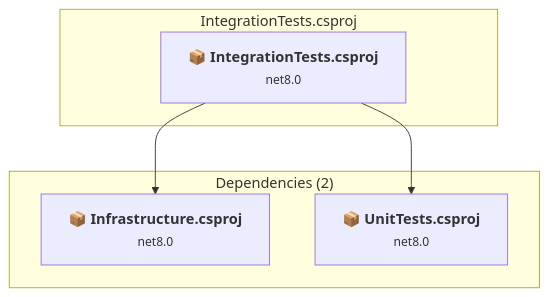
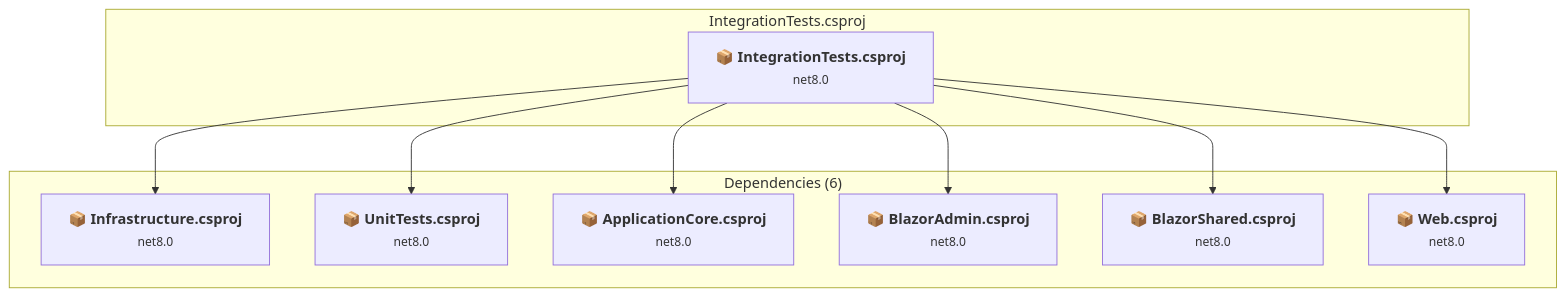
Before and after one commit to kaushganguly/eShopOnWeb: the diagram in .github/upgrades/scenarios/dotnet-version-upgrade/assessment/projects/IntegrationTests.md, drawn with Mermaid. The commit also changed other lines of this file and 20 other files, not shown here.

````diff
--- a/.github/upgrades/scenarios/dotnet-version-upgrade/assessment/projects/IntegrationTests.md
+++ b/.github/upgrades/scenarios/dotnet-version-upgrade/assessment/projects/IntegrationTests.md
@@ -31,16 +35,28 @@
 ```mermaid
 flowchart TB
     subgraph current["IntegrationTests.csproj"]
         MAIN["<b>📦&nbsp;IntegrationTests.csproj</b><br/><small>net8.0</small>"]
         click MAIN "../projects/IntegrationTests.md"
     end
-    subgraph downstream["Dependencies (2)"]
+    subgraph downstream["Dependencies (6)"]
         P2["<b>📦&nbsp;Infrastructure.csproj</b><br/><small>net8.0</small>"]
         P4["<b>📦&nbsp;UnitTests.csproj</b><br/><small>net8.0</small>"]
+        P3["<b>📦&nbsp;ApplicationCore.csproj</b><br/><small>net8.0</small>"]
+        P8["<b>📦&nbsp;BlazorAdmin.csproj</b><br/><small>net8.0</small>"]
+        P9["<b>📦&nbsp;BlazorShared.csproj</b><br/><small>net8.0</small>"]
+        P1["<b>📦&nbsp;Web.csproj</b><br/><small>net8.0</small>"]
         click P2 "../projects/Infrastructure.md"
         click P4 "../projects/UnitTests.md"
+        click P3 "../projects/ApplicationCore.md"
+        click P8 "../projects/BlazorAdmin.md"
+        click P9 "../projects/BlazorShared.md"
+        click P1 "../projects/Web.md"
     end
     MAIN --> P2
     MAIN --> P4
+    MAIN --> P3
+    MAIN --> P8
+    MAIN --> P9
+    MAIN --> P1
 
 ```
````
